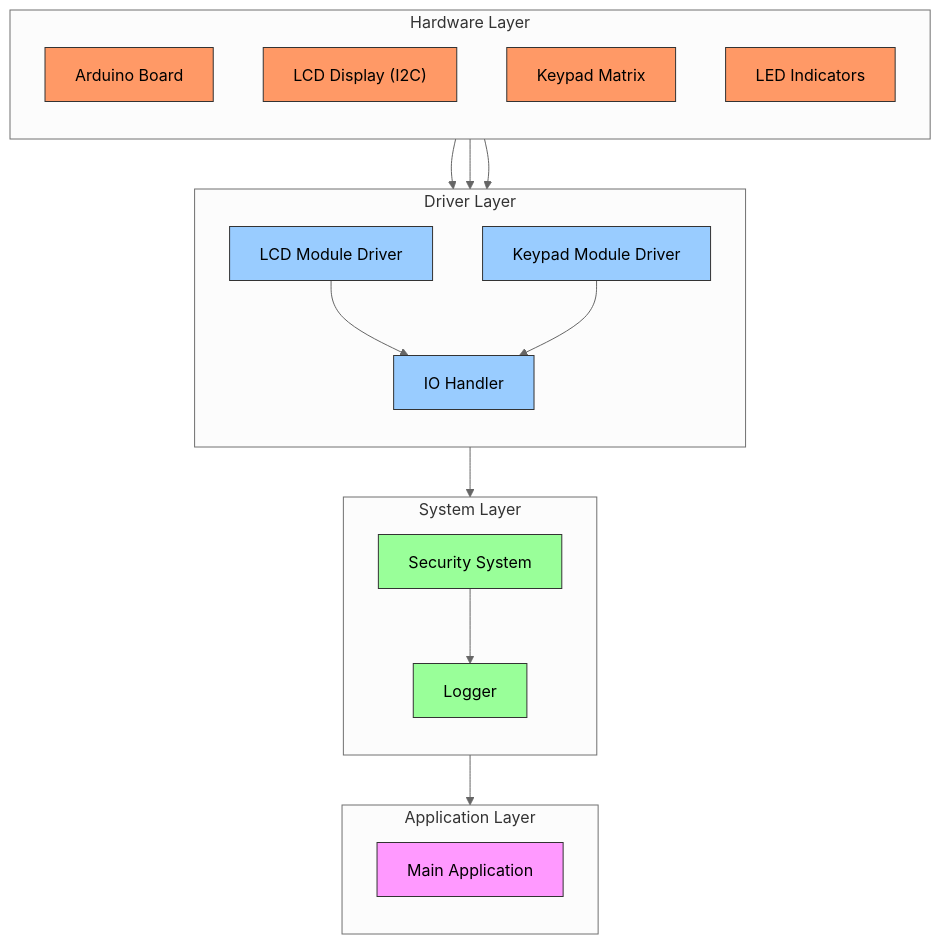
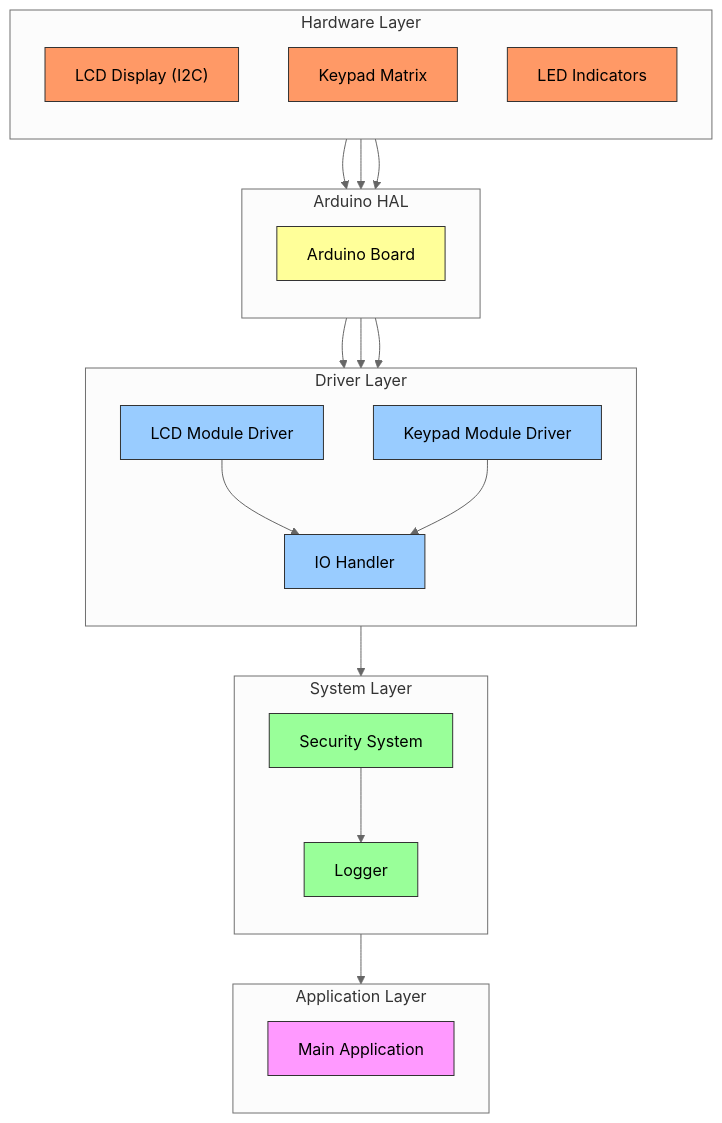
One commit to huntrese/Embedded_systems changed the first of 7 diagrams in README.md. Above: the diagram before and after it, drawn with Mermaid (neutral theme). The commit also changed other lines of this file, not shown here.

````diff
--- a/README.md
+++ b/README.md
@@ -120,53 +141,64 @@
 ```mermaid
 flowchart TD
     subgraph Hardware["Hardware Layer"]
         direction TB
-        Arduino["Arduino Board"]
         LCD["LCD Display (I2C)"]
         Keypad["Keypad Matrix"]
         LEDs["LED Indicators"]
+    end
+    
+    subgraph Arduino["Arduino HAL"]
+        direction TB
+        AB["Arduino Board"]
     end
     
     subgraph Drivers["Driver Layer"]
         direction TB
         LCD_Drv["LCD Module Driver"]
         KP_Drv["Keypad Module Driver"]
         IO_Drv["IO Handler"]
     end
     
     subgraph System["System Layer"]
         direction TB
         SS["Security System"]
         Logger["Logger"]
     end
     
     subgraph App["Application Layer"]
         direction TB
         Main["Main Application"]
     end
     
-    %% Hardware to Driver connections
-    LCD --> LCD_Drv
-    Keypad --> KP_Drv
-    LEDs --> IO_Drv
+    %% Hardware to Arduino connections
+    LCD --> AB
+    Keypad --> AB
+    LEDs --> AB
+    
+    %% Arduino to Driver connections
+    AB --> LCD_Drv
+    AB --> KP_Drv
+    AB --> IO_Drv
     
     %% Driver to System connections
     LCD_Drv --> IO_Drv
     KP_Drv --> IO_Drv
     IO_Drv --> SS
     SS --> Logger
     
     %% System to Application connections
     SS --> Main
     
     %% Styling
     classDef hardware fill:#f96,stroke:#333,color:#000
+    classDef arduino fill:#ff9,stroke:#333,color:#000
     classDef driver fill:#9cf,stroke:#333,color:#000
     classDef system fill:#9f9,stroke:#333,color:#000
     classDef app fill:#f9f,stroke:#333,color:#000
     
-    class Arduino,LCD,Keypad,LEDs hardware
+    class LCD,Keypad,LEDs hardware
+    class AB arduino
     class LCD_Drv,KP_Drv,IO_Drv driver
     class SS,Logger system
     class Main app
 ```
````
